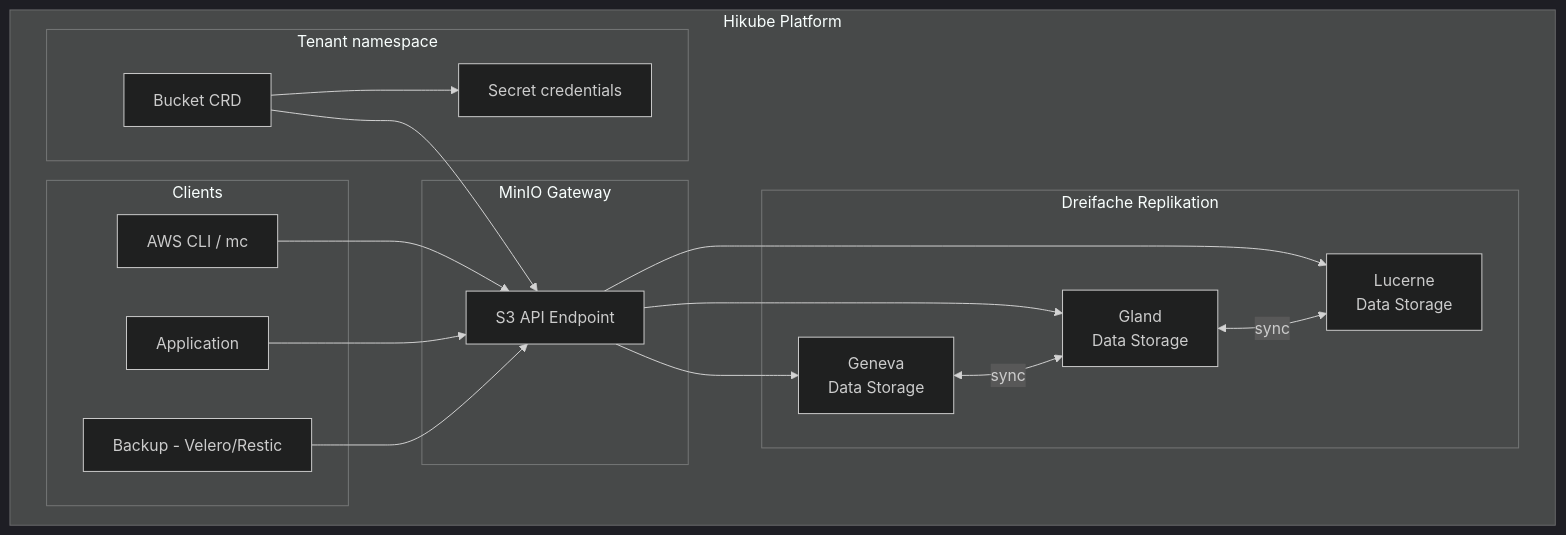
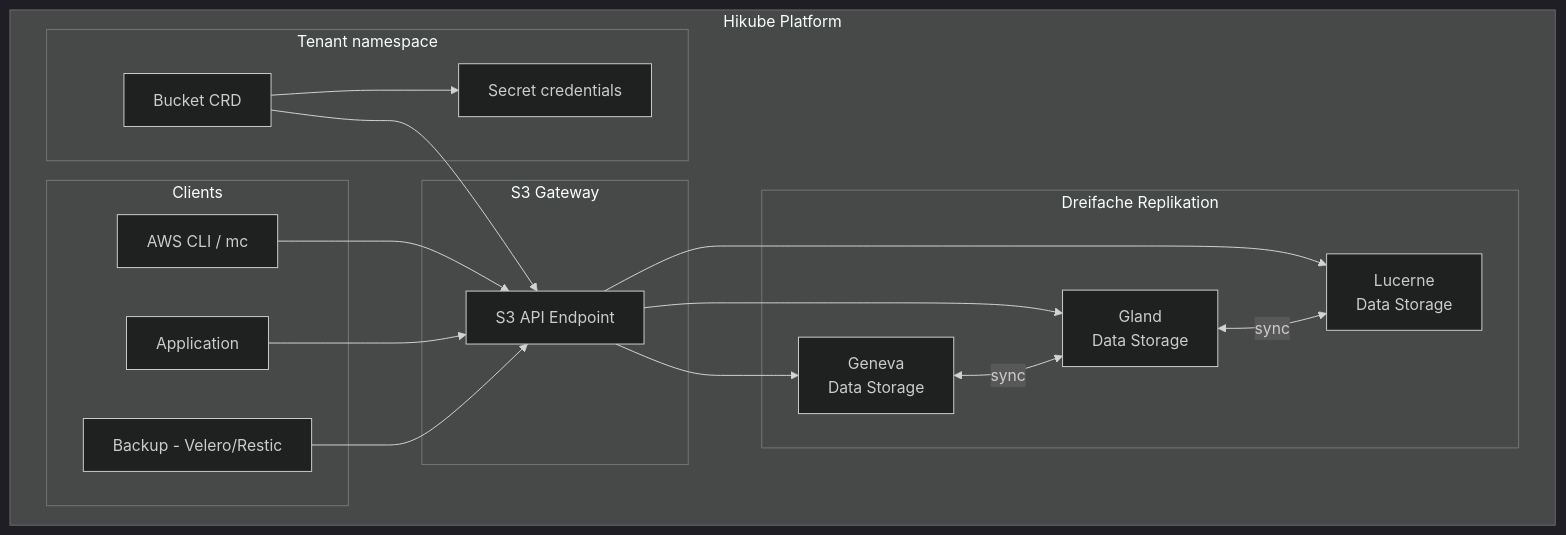
One commit to HidoraSwiss/hikube-public-doc changed the diagram in i18n/de/docusaurus-plugin-content-docs/current/services/storage/buckets/concepts.md. Above: the diagram before and after it, drawn with Mermaid (dark theme). The commit also changed other lines of this file and 25 other files, not shown here.

````diff
--- a/i18n/de/docusaurus-plugin-content-docs/current/services/storage/buckets/concepts.md
+++ b/i18n/de/docusaurus-plugin-content-docs/current/services/storage/buckets/concepts.md
@@ -12,36 +12,36 @@
 ```mermaid
 graph TB
     subgraph "Hikube Platform"
         subgraph "Tenant namespace"
             CR[Bucket CRD]
             SEC[Secret credentials]
         end
 
-        subgraph "MinIO Gateway"
+        subgraph "S3 Gateway"
             GW[S3 API Endpoint]
         end
 
         subgraph "Dreifache Replikation"
             DC1[Geneva<br/>Data Storage]
             DC2[Gland<br/>Data Storage]
             DC3[Lucerne<br/>Data Storage]
         end
 
         subgraph "Clients"
             CLI[AWS CLI / mc]
             APP[Application]
             BKP[Backup - Velero/Restic]
         end
     end
 
     CR --> GW
     GW --> DC1
     GW --> DC2
     GW --> DC3
     DC1 <-->|sync| DC2
     DC2 <-->|sync| DC3
     CLI --> GW
     APP --> GW
     BKP --> GW
     CR --> SEC
 ```
````
